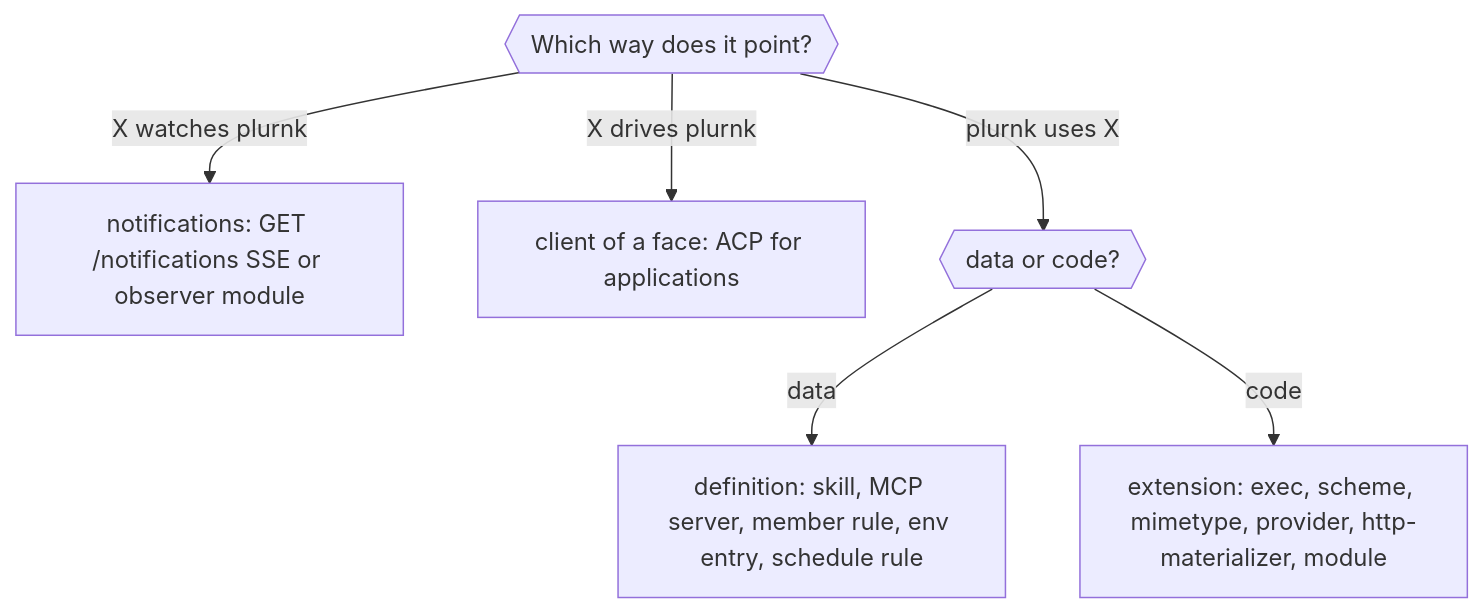
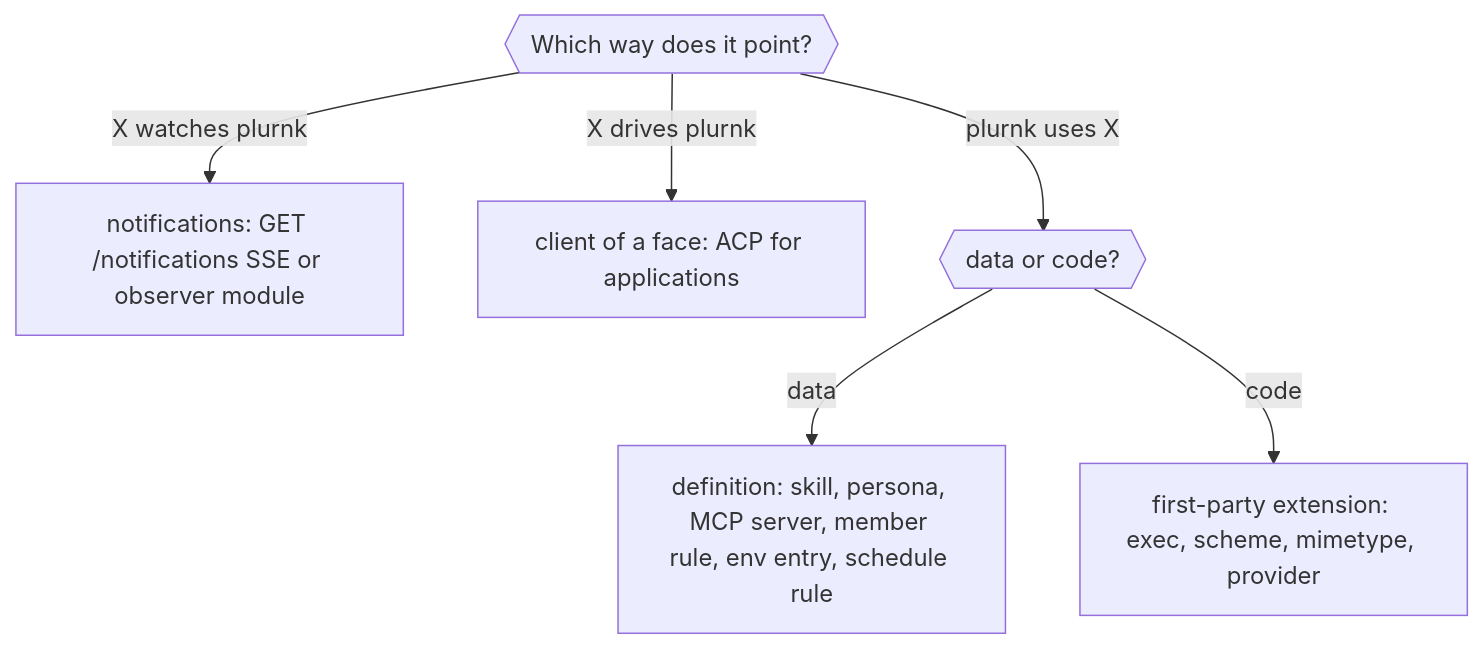
Before and after one commit to plurnk/plurnk-service: the third of 5 diagrams in ARCHITECTURE.md, drawn with Mermaid. The commit also changed other lines of this file and 44 other files, not shown here.

````diff
--- a/ARCHITECTURE.md
+++ b/ARCHITECTURE.md
@@ -178,9 +177,9 @@
 ```mermaid
 flowchart TD
     Q{{"Which way does it point?"}}
     Q -->|"X watches plurnk"| H["notifications: GET /notifications SSE or observer module"]
     Q -->|"X drives plurnk"| F["client of a face: ACP for applications"]
     Q -->|"plurnk uses X"| U{{"data or code?"}}
-    U -->|data| D["definition: skill, MCP server, member rule, env entry, schedule rule"]
-    U -->|code| E["extension: exec, scheme, mimetype, provider, http-materializer, module"]
+    U -->|data| D["definition: skill, persona, MCP server, member rule, env entry, schedule rule"]
+    U -->|code| E["first-party extension: exec, scheme, mimetype, provider"]
 ```
````
